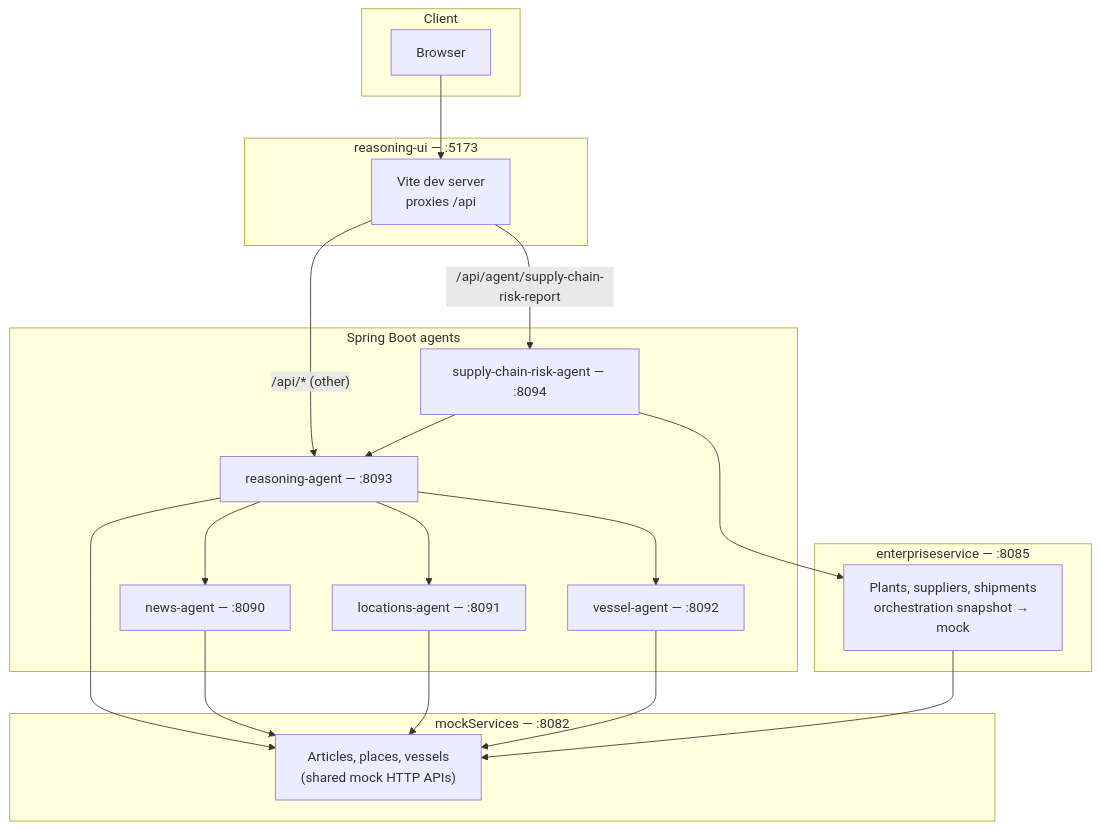
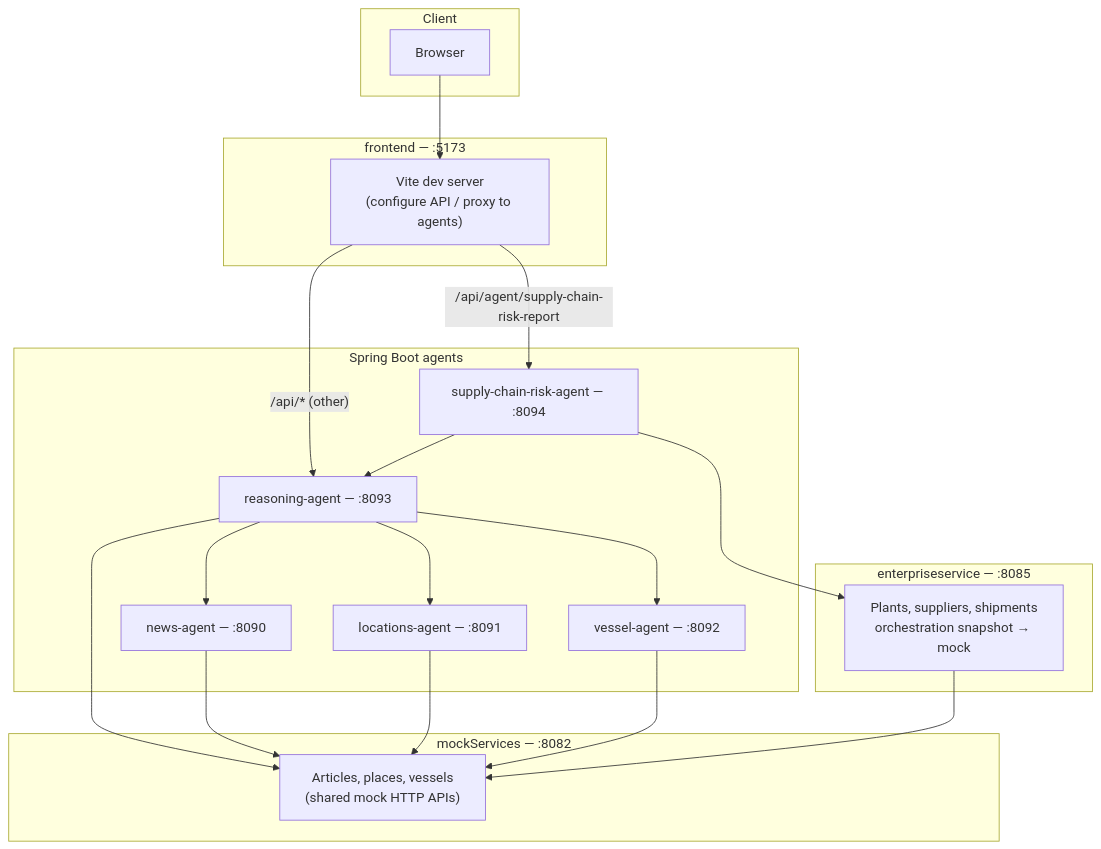
The first of 3 diagrams in agents/readme.md (balajimurugesan2016/CursorHackathon), drawn with Mermaid before and after one commit. The commit also changed other lines of this file and 2 other files, not shown here.

First line of the commit message:
docs: frontend as primary UI; reasoning-ui as test harness

````diff
--- a/agents/readme.md
+++ b/agents/readme.md
@@ -7,42 +7,42 @@
 ```mermaid
 flowchart TB
   subgraph Client["Client"]
     B["Browser"]
   end
 
-  subgraph UI["reasoning-ui — :5173"]
-    Vite["Vite dev server\nproxies /api"]
+  subgraph UI["frontend — :5173"]
+    Vite["Vite dev server\n(configure API / proxy to agents)"]
   end
 
   subgraph Mock["mockServices — :8082"]
     M["Articles, places, vessels\n(shared mock HTTP APIs)"]
   end
 
   subgraph Ent["enterpriseservice — :8085"]
     E["Plants, suppliers, shipments\norchestration snapshot → mock"]
   end
 
   subgraph Agents["Spring Boot agents"]
     N["news-agent — :8090"]
     L["locations-agent — :8091"]
     V["vessel-agent — :8092"]
     R["reasoning-agent — :8093"]
     S["supply-chain-risk-agent — :8094"]
   end
 
   B --> Vite
   Vite -->|"/api/agent/supply-chain-risk-report"| S
   Vite -->|"/api/* (other)"| R
 
   R --> N
   R --> L
   R --> V
   R --> M
   N --> M
   L --> M
   V --> M
 
   S --> E
   S --> R
   E --> M
 ```
````
